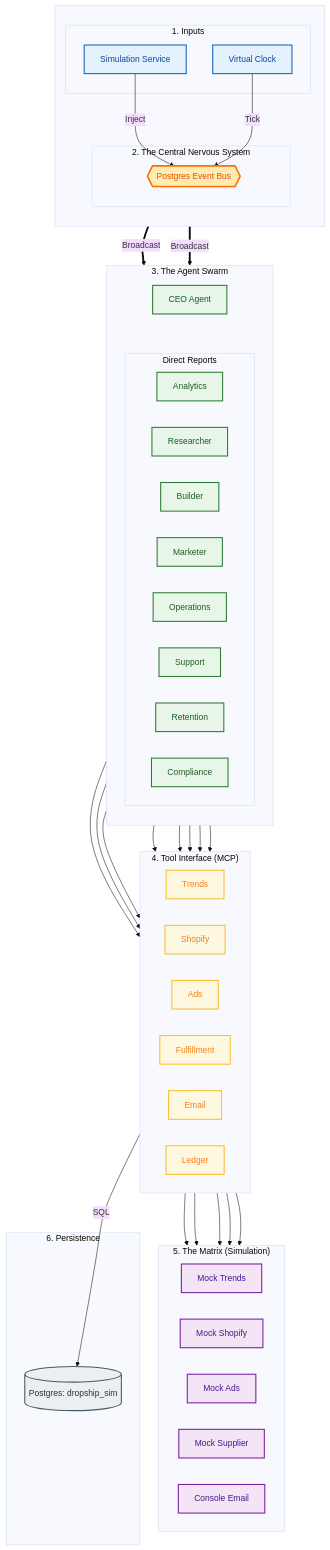
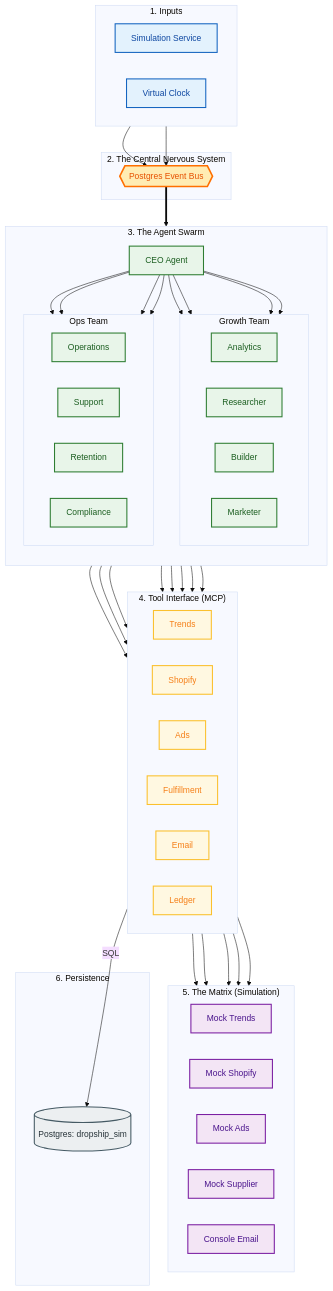
One commit to andylelli/ds1 changed the first of 2 diagrams in Documentation/Reference/ENVIRONMENT_SIMULATION_V_LIVE.md. Above: the diagram before and after it, drawn with Mermaid (base theme). The commit also changed other lines of this file and 1 other file, not shown here.

```diff
--- a/Documentation/Reference/ENVIRONMENT_SIMULATION_V_LIVE.md
+++ b/Documentation/Reference/ENVIRONMENT_SIMULATION_V_LIVE.md
@@ -32,31 +32,33 @@
   classDef mock fill:#f3e5f5,stroke:#7b1fa2,stroke-width:2px,color:#4a148c;
   classDef db fill:#eceff1,stroke:#455a64,stroke-width:2px,color:#263238;
 
-  %% --- TOP SECTION: CENTRAL CONTROL ---
-  subgraph Head [" "]
-    direction TB
-    
-    subgraph Triggers ["1. Inputs"]
-      SimService[Simulation Service]:::trigger
-      Clock[Virtual Clock]:::trigger
-    end
-
-    subgraph Central ["2. The Central Nervous System"]
-      Bus{{Postgres Event Bus}}:::hub
-    end
+  %% --- 1. INPUTS ---
+  subgraph Triggers ["1. Inputs"]
+    direction LR
+    SimService[Simulation Service]:::trigger
+    Clock[Virtual Clock]:::trigger
   end
 
-  %% --- MIDDLE SECTION: THE WORKFORCE ---
+  %% --- 2. BUS ---
+  subgraph Central ["2. The Central Nervous System"]
+    Bus{{Postgres Event Bus}}:::hub
+  end
+
+  %% --- 3. SWARM ---
   subgraph Swarm ["3. The Agent Swarm"]
     direction TB
     CEO[CEO Agent]:::agent
     
-    subgraph Team ["Direct Reports"]
+    subgraph Row1 ["Growth Team"]
       direction LR
       Analytics[Analytics]:::agent
       Researcher[Researcher]:::agent
       Builder[Builder]:::agent
       Marketer[Marketer]:::agent
+    end
+    
+    subgraph Row2 ["Ops Team"]
+      direction LR
       Ops[Operations]:::agent
       CS[Support]:::agent
       Retention[Retention]:::agent
@@ -64,7 +66,7 @@
     end
   end
 
-  %% --- BOTTOM SECTION: TOOLS & DATA ---
+  %% --- 4. TOOLS ---
   subgraph MCP ["4. Tool Interface (MCP)"]
     direction LR
     TrendsTool[Trends]:::mcp
@@ -75,6 +77,7 @@
     LedgerTool[Ledger]:::mcp
   end
 
+  %% --- 5. MOCKS ---
   subgraph Mocks ["5. The Matrix (Simulation)"]
     direction LR
     MockTrends[Mock Trends]:::mock
@@ -84,30 +87,29 @@
     MockEmail[Console Email]:::mock
   end
 
+  %% --- 6. DATA ---
   subgraph Data ["6. Persistence"]
     DB[(Postgres: dropship_sim)]:::db
   end
 
   %% Wiring
-  SimService -->|Inject| Bus
-  Clock -->|Tick| Bus
-  Bus ==>|Broadcast| CEO
-  Bus ==>|Broadcast| Team
+  SimService & Clock --> Bus
+  Bus ==> CEO
+  
+  %% CEO Fan Out
+  CEO --> Analytics & Researcher & Builder & Marketer
+  CEO --> Ops & CS & Retention & Compliance
 
-  %% Org Chart Visuals
-  CEO ~~~ Team
-
-  %% Agent -> Tool Connections
+  %% Tool Connections
   Researcher --> TrendsTool
   Builder --> ShopTool
   Marketer --> AdsTool
   Ops --> FulfillTool
-  CS --> EmailTool
-  Retention --> EmailTool
+  CS & Retention --> EmailTool
   Analytics --> LedgerTool
   Compliance --> AdsTool
 
-  %% Tool -> Mock Connections
+  %% Mock Connections
   TrendsTool --> MockTrends
   ShopTool --> MockShop
   AdsTool --> MockAds
```
